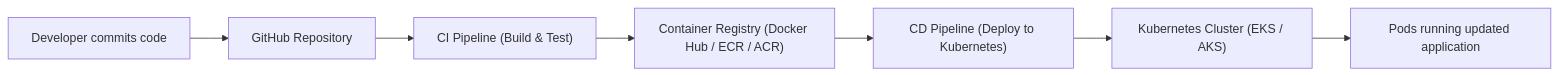
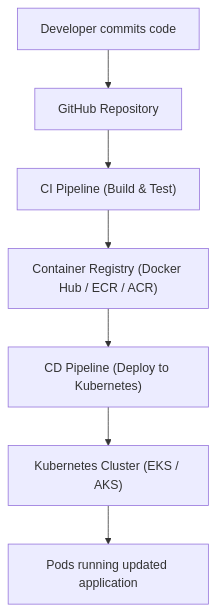
One commit to obintui10/kubernetes-multi-cloud-demo changed the second of 2 diagrams in README.md. Above: the diagram before and after it, drawn with Mermaid.

````diff
--- a/README.md
+++ b/README.md
@@ -133,9 +133,9 @@
 ```mermaid
-flowchart LR
+flowchart TD
     Dev["Developer commits code"] --> Repo["GitHub Repository"]
     Repo --> CI["CI Pipeline (Build & Test)"]
     CI --> Registry["Container Registry (Docker Hub / ECR / ACR)"]
     Registry --> CD["CD Pipeline (Deploy to Kubernetes)"]
     CD --> Cluster["Kubernetes Cluster (EKS / AKS)"]
     Cluster --> Pods["Pods running updated application"]
 ```
````
